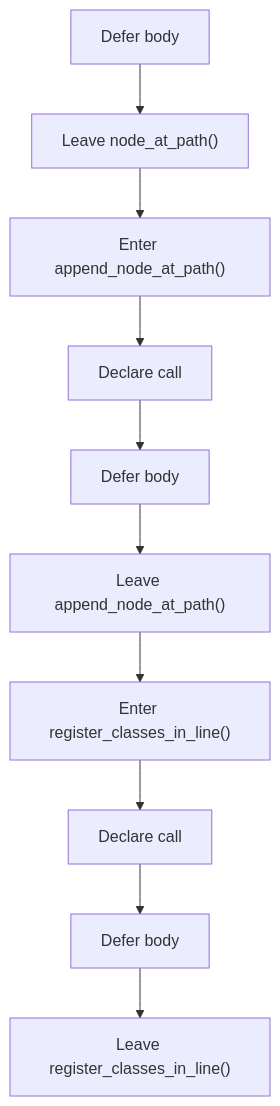
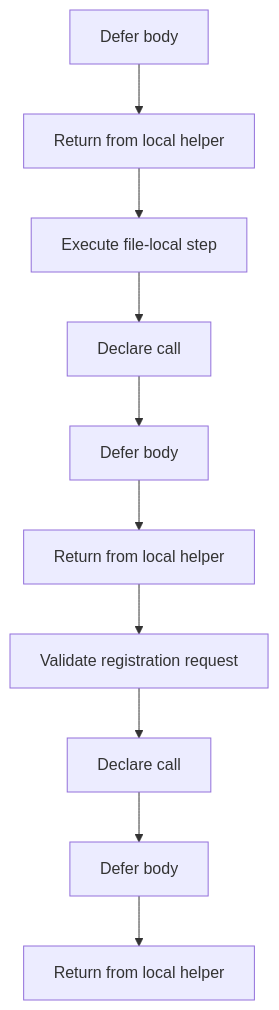
One commit to JohnAndrewBalbarosa/NeoTerritory changed the first of 5 diagrams in docs/Codebase/Microservice/Modules/Header/SyntacticBrokenAST/Trees/Actual/Internal/Flow/parse_tree_internal_program_flow_02.hpp.md. Above: the diagram before and after it, drawn with Mermaid. The commit also changed other lines of this file and 915 other files, not shown here.

````diff
--- a/docs/Codebase/Microservice/Modules/Header/SyntacticBrokenAST/Trees/Actual/Internal/Flow/parse_tree_internal_program_flow_02.hpp.md
+++ b/docs/Codebase/Microservice/Modules/Header/SyntacticBrokenAST/Trees/Actual/Internal/Flow/parse_tree_internal_program_flow_02.hpp.md
@@ -9,22 +9,22 @@
 ```mermaid
 flowchart TD
     N0["Defer body"]
-    N1["Leave node_at_path()"]
-    N2["Enter append_node_at_path()"]
+    N1["Return from local helper"]
+    N2["Execute file-local step"]
     N3["Declare call"]
     N4["Defer body"]
-    N5["Leave append_node_at_path()"]
-    N6["Enter register_classes_in_line()"]
+    N5["Return from local helper"]
+    N6["Validate registration request"]
     N7["Declare call"]
     N8["Defer body"]
-    N9["Leave register_classes_in_line()"]
+    N9["Return from local helper"]
     N0 --> N1
     N1 --> N2
     N2 --> N3
     N3 --> N4
     N4 --> N5
     N5 --> N6
     N6 --> N7
     N7 --> N8
     N8 --> N9
 ```
````
